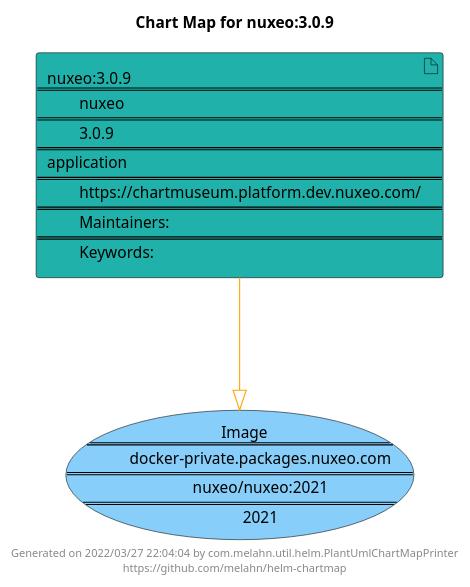
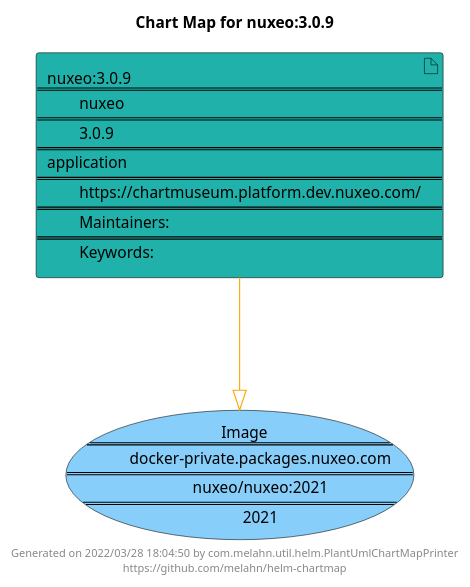
Before and after one commit to melahn/helm-chartmap: the diagram in docs/nuxeo/nuxeo-3.0.9.puml, drawn with PlantUML. The commit also changed 55 other files, not shown here.

Commit message:
Update Example Chart Maps as part of GitHub build

```diff
--- a/docs/nuxeo/nuxeo-3.0.9.puml
+++ b/docs/nuxeo/nuxeo-3.0.9.puml
@@ -1,21 +1,21 @@
 @startuml
 skinparam linetype ortho
 skinparam backgroundColor white
 skinparam usecaseBorderColor black
 skinparam usecaseArrowColor LightSlateGray
 skinparam artifactBorderColor black
 skinparam artifactArrowColor LightSlateGray
 
 title Chart Map for nuxeo:3.0.9
 
 'There is one referenced Helm Chart
 artifact "nuxeo:3.0.9\n====\n\tnuxeo\n====\n\t3.0.9\n====\napplication\n====\n\thttps://chartmuseum.platform.dev.nuxeo.com/\n====\n\tMaintainers: \n====\n\tKeywords: " as nuxeo_3_0_9 #LightSeaGreen
 
 'There is one referenced Docker Image
 usecase "Image\n====\n\tdocker-private.packages.nuxeo.com\n====\n\tnuxeo/nuxeo:2021\n====\n\t2021" as docker_private_packages_nuxeo_com_nuxeo_nuxeo_2021 #LightSkyBlue
 
 'Chart Dependencies
 nuxeo_3_0_9--[#orange]-|>docker_private_packages_nuxeo_com_nuxeo_nuxeo_2021
 
-center footer Generated on 2022/03/27 22:04:04 by com.melahn.util.helm.PlantUmlChartMapPrinter\nhttps://github.com/melahn/helm-chartmap
+center footer Generated on 2022/03/28 18:04:50 by com.melahn.util.helm.PlantUmlChartMapPrinter\nhttps://github.com/melahn/helm-chartmap
 @enduml
```
